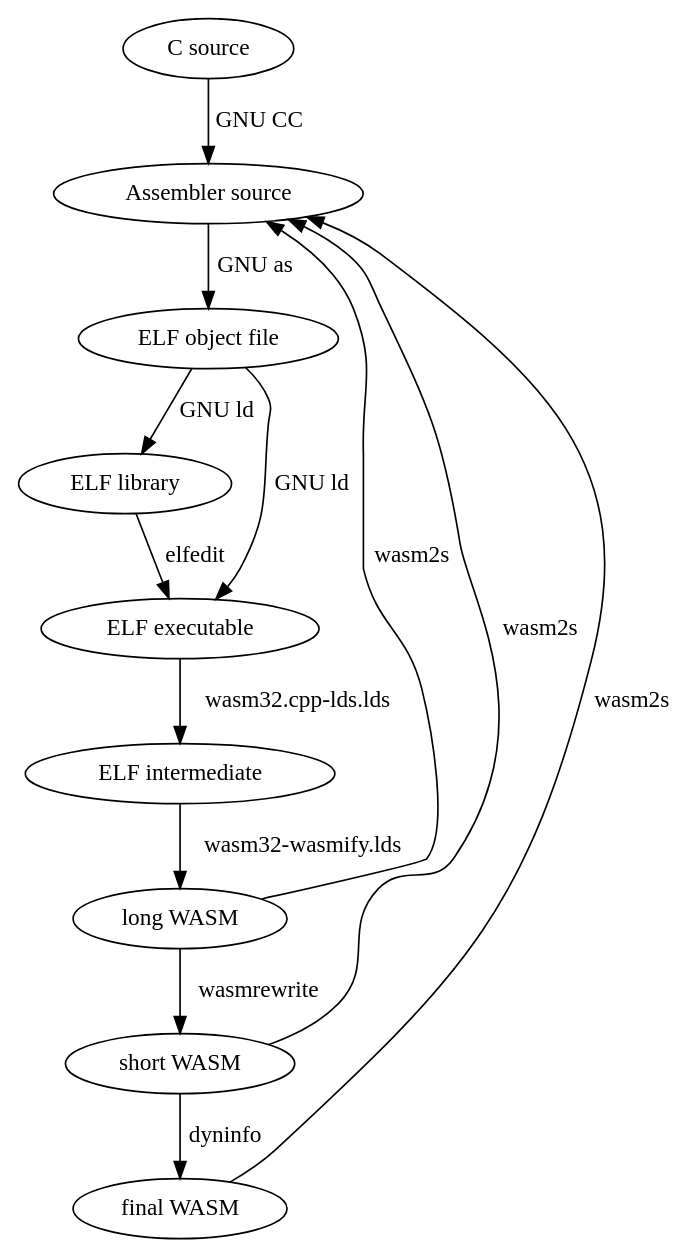
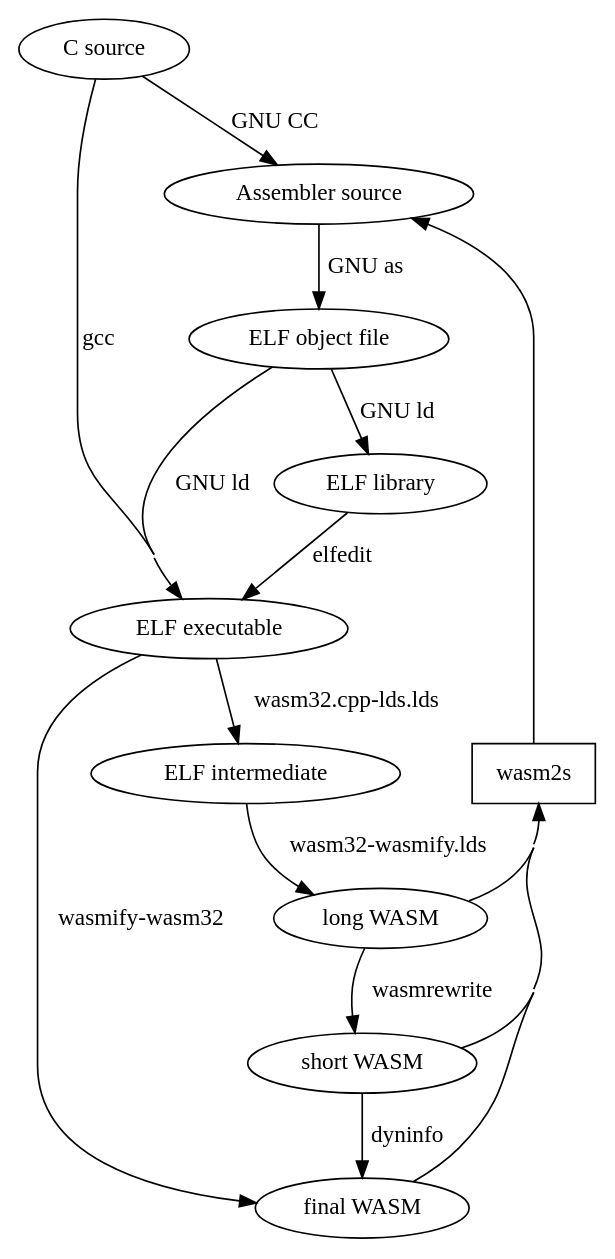
The diagram in asmjs.dot (pipcet/asmjs), drawn with Graphviz before and after one commit. The commit also changed 1 other file, not shown here.

Commit message:
better graph

```diff
--- a/asmjs.dot
+++ b/asmjs.dot
@@ -1,15 +1,21 @@
 digraph G {
-  "C source" -> "Assembler source" [label="GNU CC"];
-  "Assembler source" -> "ELF object file" [label="GNU as"];
-  "ELF object file" -> "ELF library" [label="GNU ld"];
-  "ELF object file" -> "ELF executable" [label="GNU ld"];
+  concentrate=true;
+  "C source" -> "ELF executable" [label="gcc", href="https://github.com/pipcet/asmjs/blob/everything/wasm32.org#gcc-invocation"];
+  "ELF executable" -> "final WASM" [label="wasmify-wasm32", href="https://github.com/pipcet/asmjs/blob/everything/wasm32.org#binwasmify-wasm32-invocation"];
+
+  "C source" -> "Assembler source" [label="GNU CC", href="https://github.com/pipcet/asmjs/blob/everything/wasm32.org#gcc-translates-cc-code-to-assembler-code"];
+  "Assembler source" -> "ELF object file" [label="GNU as", href="https://github.com/pipcet/asmjs/blob/everything/wasm32.org#gnu-as-translates-assembler-code-into-an-elf-object-file"];
+  "ELF object file" -> "ELF library" [label="GNU ld", href=""];
+  "ELF object file" -> "ELF executable" [label="GNU ld", href="https://github.com/pipcet/asmjs/blob/everything/wasm32.org#gnu-ld-links-the-elf-object-files-into-an-elf-executable"];
   "ELF library" -> "ELF executable" [label="elfedit"];
-  "ELF executable" -> "ELF intermediate" [label="wasm32.cpp-lds.lds"];
-  "ELF intermediate" -> "long WASM" [label="wasm32-wasmify.lds"];
-  "long WASM" -> "short WASM" [label="wasmrewrite"];
+  "ELF executable" -> "ELF intermediate" [label="wasm32.cpp-lds.lds", href="https://github.com/pipcet/asmjs/blob/everything/wasm32.org#gnu-ld-creates-a-temporary-elf-object-with-webassembly-code-from-the-elf-executable"];
+  "ELF intermediate" -> "long WASM" [label="wasm32-wasmify.lds", href="https://github.com/pipcet/asmjs/blob/everything/wasm32.org#gnu-ld-turns-this-temporary-elf-object-file-into-a-valid-webassembly-module"];
+  "long WASM" -> "short WASM" [label="wasmrewrite", href="https://github.com/pipcet/asmjs/blob/everything/wasm32.org#binwasmrewrite-rewrites-leb-128-integers-to-have-minimal-length"];
   "short WASM" -> "final WASM" [label="dyninfo"];
 
-  "long WASM" -> "Assembler source" [label="wasm2s", constraint=false];
-  "short WASM" -> "Assembler source" [label="wasm2s", constraint=false];
-  "final WASM" -> "Assembler source" [label="wasm2s", constraint=false];
+  "wasm2s" [shape=box, href="https://github.com/pipcet/"];
+  "Assembler source" -> "wasm2s" [dir=back];
+  "wasm2s" -> "long WASM" [dir=back];
+  "wasm2s" -> "short WASM" [dir=back];
+  "wasm2s" -> "final WASM" [dir=back];
 }
```
